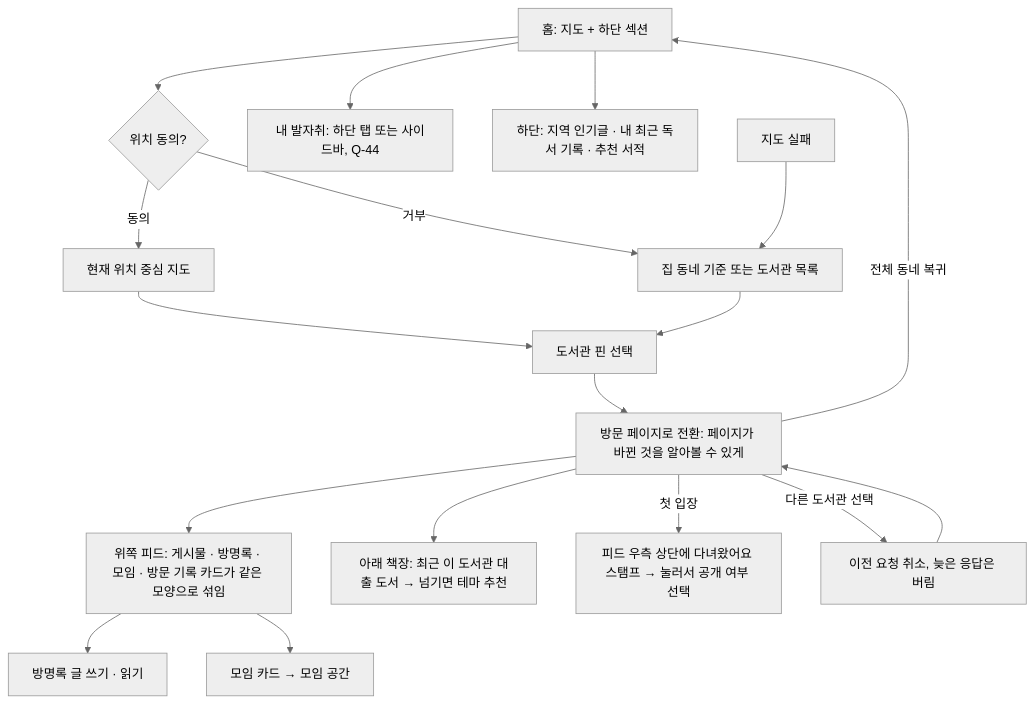
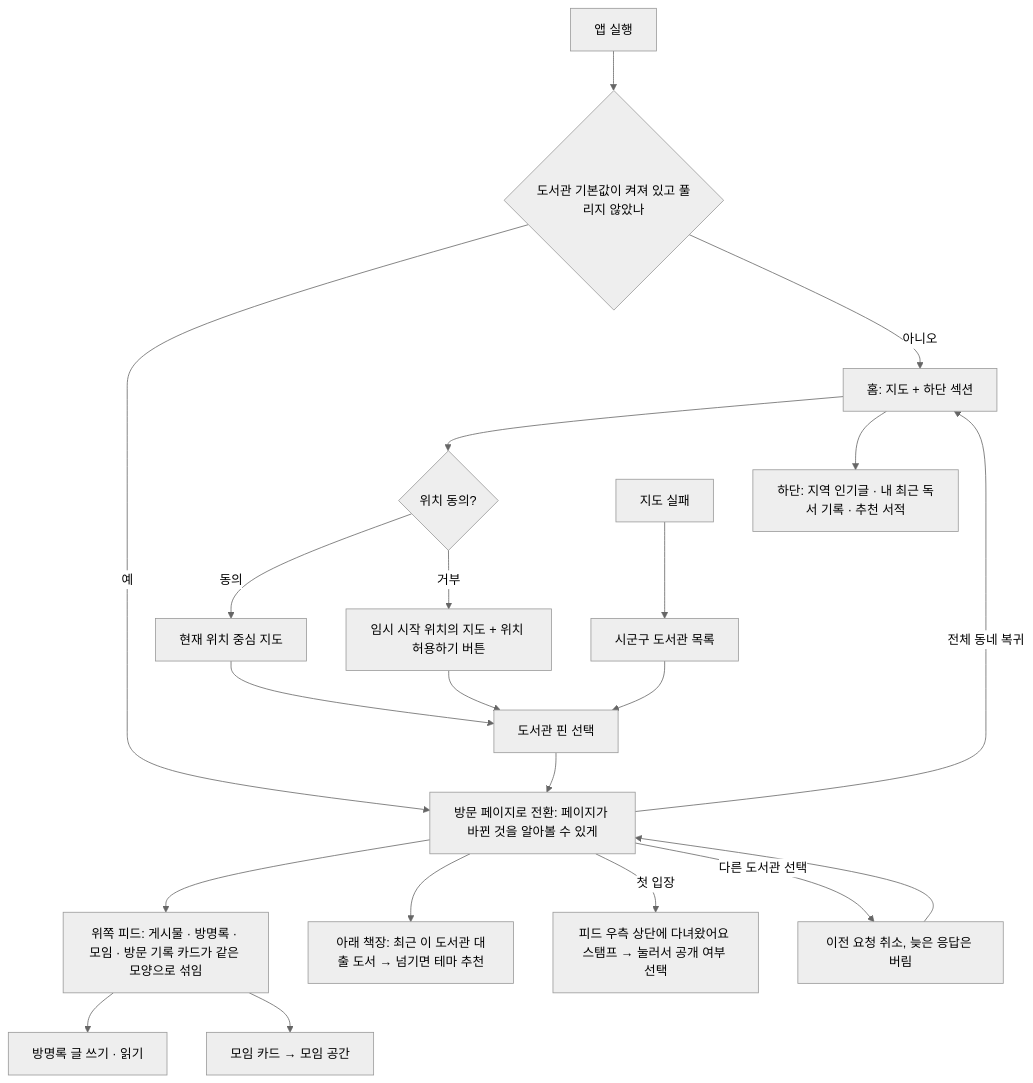
One commit to axteamc/localone changed the second of 7 diagrams in 개발산출물/유저_플로우.md. Above: the diagram before and after it, drawn with Mermaid (neutral theme). The commit also changed other lines of this file and 10 other files, not shown here.

````diff
--- a/개발산출물/유저_플로우.md
+++ b/개발산출물/유저_플로우.md
@@ -28,20 +28,23 @@
 ```mermaid
 flowchart TD
   S[홈: 지도 + 하단 섹션] --> P{위치 동의?}
   P -- 동의 --> N[현재 위치 중심 지도]
-  P -- 거부 --> R[집 동네 기준 또는 도서관 목록]
+  P -- 거부 --> R[임시 시작 위치의 지도 + 위치 허용하기 버튼]
   N --> L[도서관 핀 선택]
   R --> L
   L --> V[방문 페이지로 전환: 페이지가 바뀐 것을 알아볼 수 있게]
   V --> FD[위쪽 피드: 게시물 · 방명록 · 모임 · 방문 기록 카드가 같은 모양으로 섞임]
   V --> SF[아래 책장: 최근 이 도서관 대출 도서 → 넘기면 테마 추천]
   FD --> G[방명록 글 쓰기 · 읽기]
   FD --> CL[모임 카드 → 모임 공간]
   V -- 첫 입장 --> SS[피드 우측 상단에 다녀왔어요 스탬프 → 눌러서 공개 여부 선택]
-  S --> MY[내 발자취: 하단 탭 또는 사이드바, Q-44]
+  S0[앱 실행] --> DF{도서관 기본값이 켜져 있고 풀리지 않았나}
+  DF -- 예 --> V
+  DF -- 아니오 --> S
   V -- 다른 도서관 선택 --> X[이전 요청 취소, 늦은 응답은 버림]
   X --> V
   V -- 전체 동네 복귀 --> S
   S --> H1[하단: 지역 인기글 · 내 최근 독서 기록 · 추천 서적]
-  M[지도 실패] --> R
+  M[지도 실패] --> LS[시군구 도서관 목록]
+  LS --> L
 ```
````
